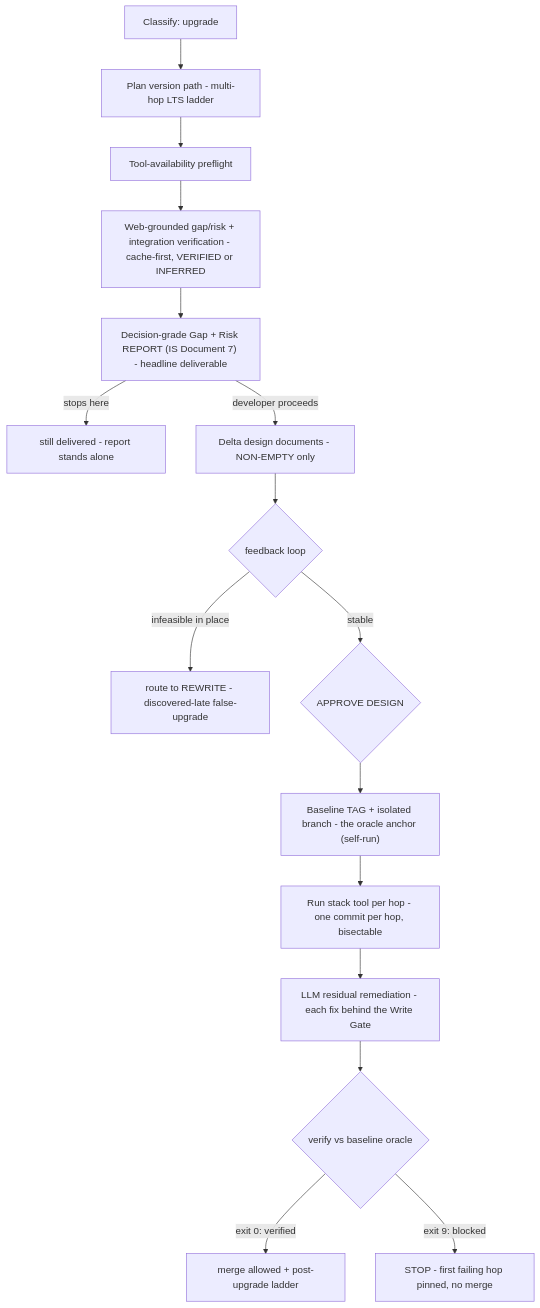
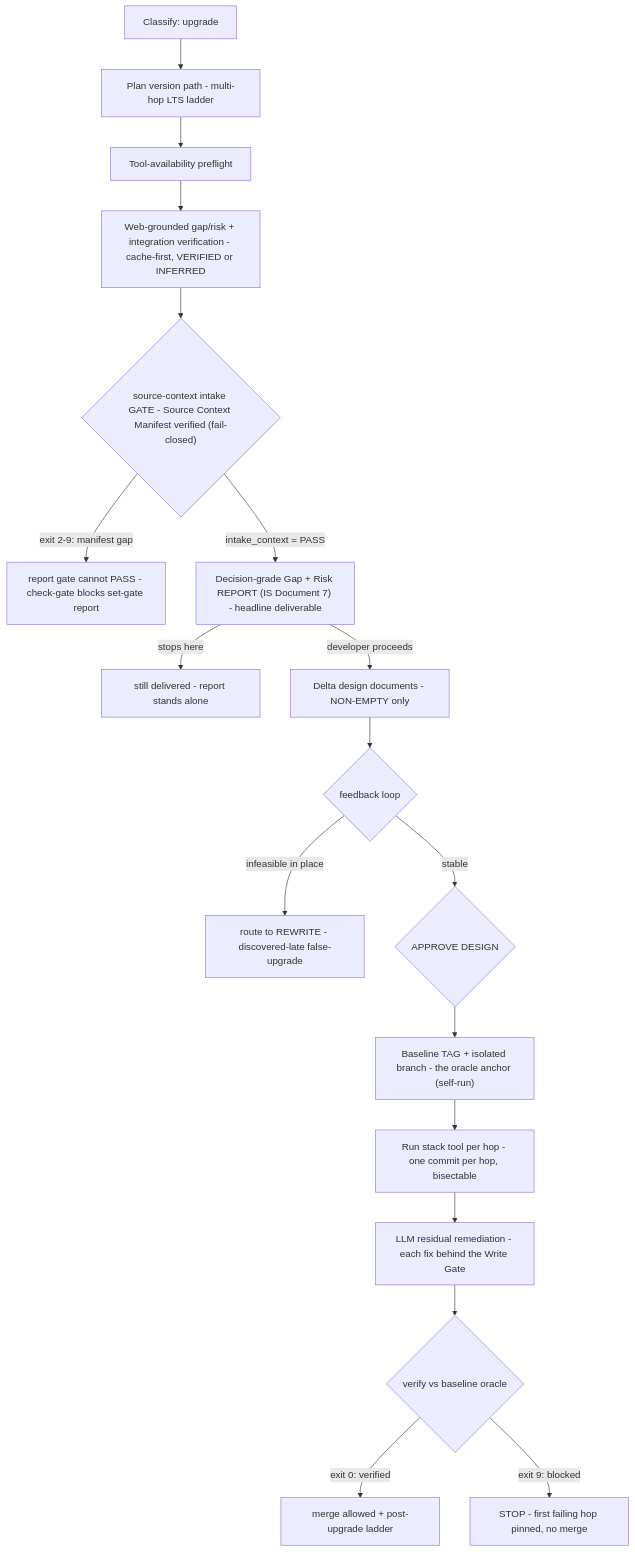
One commit to vickysrawat/AI-Assisted-development changed the second of 2 diagrams in docs/architecture/upgrade-skill.md. Above: the diagram before and after it, drawn with Mermaid. The commit also changed other lines of this file and 30 other files, not shown here.

````diff
--- a/docs/architecture/upgrade-skill.md
+++ b/docs/architecture/upgrade-skill.md
@@ -97,18 +97,20 @@
 ```mermaid
 flowchart TB
     A["Classify: upgrade"] --> B["Plan version path - multi-hop LTS ladder"]
     B --> C["Tool-availability preflight"]
     C --> D["Web-grounded gap/risk + integration verification - cache-first, VERIFIED or INFERRED"]
-    D --> E["Decision-grade Gap + Risk REPORT (IS Document 7) - headline deliverable"]
+    D --> IG{"source-context intake GATE - Source Context Manifest verified (fail-closed)"}
+    IG -->|"exit 2-9: manifest gap"| IGB["report gate cannot PASS - check-gate blocks set-gate report"]
+    IG -->|"intake_context = PASS"| E["Decision-grade Gap + Risk REPORT (IS Document 7) - headline deliverable"]
     E -->|"stops here"| V["still delivered - report stands alone"]
     E -->|"developer proceeds"| DD["Delta design documents - NON-EMPTY only"]
     DD --> FB{"feedback loop"}
     FB -->|"infeasible in place"| REW["route to REWRITE - discovered-late false-upgrade"]
     FB -->|"stable"| AD{"APPROVE DESIGN"}
     AD --> F["Baseline TAG + isolated branch - the oracle anchor (self-run)"]
     F --> G["Run stack tool per hop - one commit per hop, bisectable"]
     G --> H["LLM residual remediation - each fix behind the Write Gate"]
     H --> I{"verify vs baseline oracle"}
     I -->|"exit 0: verified"| M["merge allowed + post-upgrade ladder"]
     I -->|"exit 9: blocked"| R["STOP - first failing hop pinned, no merge"]
 ```
````
